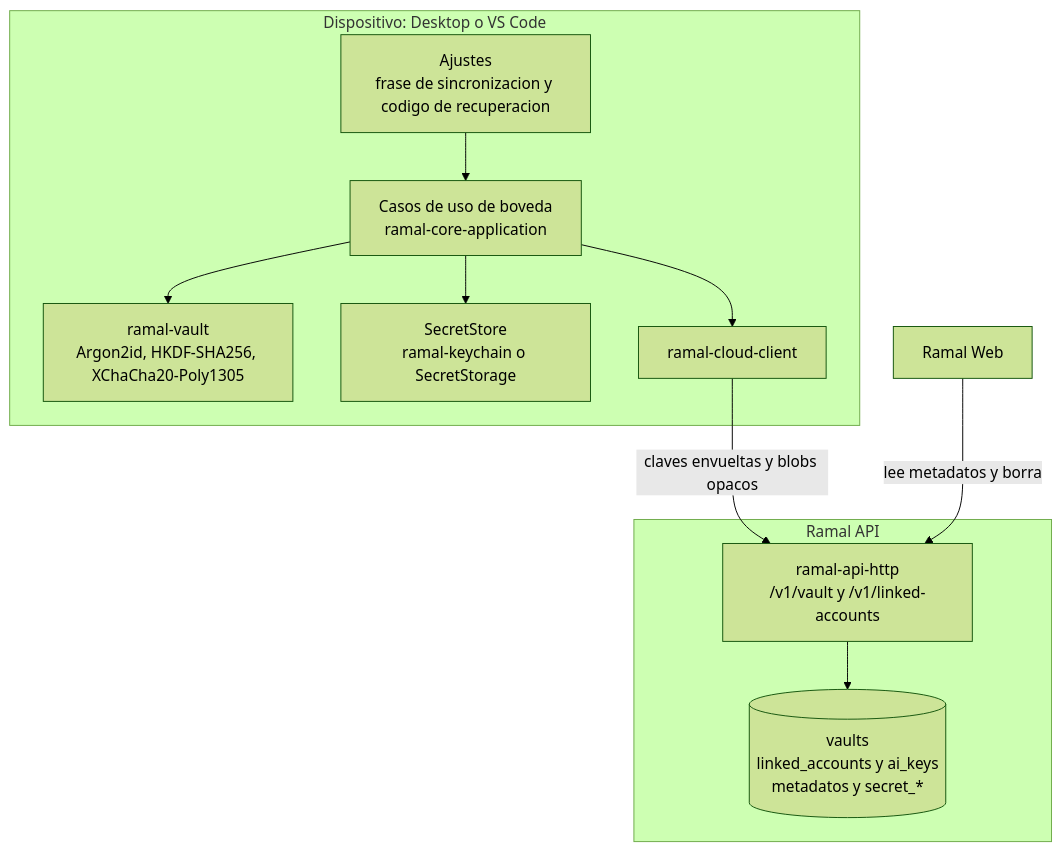
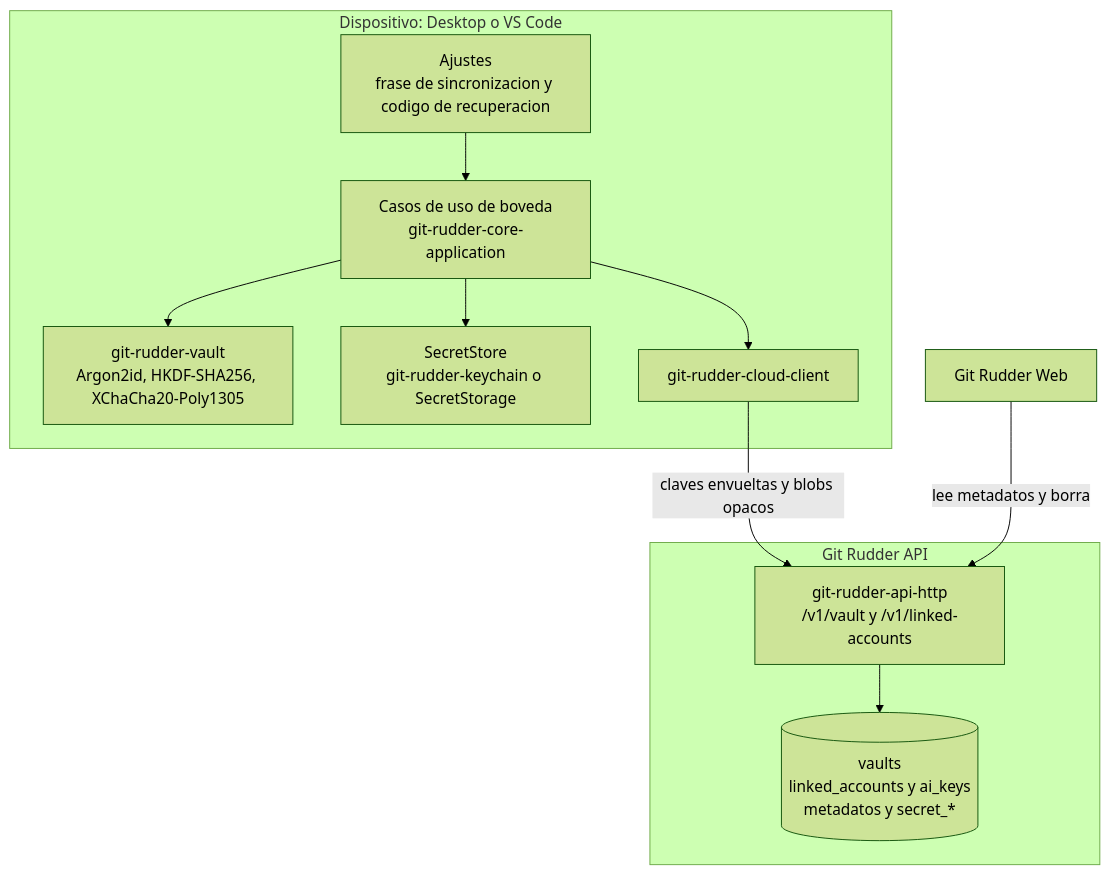
One commit to eabl0306/ramal changed the sixth of 6 diagrams in docs/architecture.md. Above: the diagram before and after it, drawn with Mermaid (forest theme). The commit also changed other lines of this file and 524 other files, not shown here.

First line of the commit message:
refactor(repo): renombrar el producto a Git Rudder

````diff
--- a/docs/architecture.md
+++ b/docs/architecture.md
@@ -1592,22 +1592,22 @@
 ```mermaid
 flowchart TB
     subgraph device["Dispositivo: Desktop o VS Code"]
         ui["Ajustes<br/>frase de sincronizacion y codigo de recuperacion"]
-        uc["Casos de uso de boveda<br/>ramal-core-application"]
-        vc["ramal-vault<br/>Argon2id, HKDF-SHA256, XChaCha20-Poly1305"]
-        ss["SecretStore<br/>ramal-keychain o SecretStorage"]
-        cc["ramal-cloud-client"]
+        uc["Casos de uso de boveda<br/>git-rudder-core-application"]
+        vc["git-rudder-vault<br/>Argon2id, HKDF-SHA256, XChaCha20-Poly1305"]
+        ss["SecretStore<br/>git-rudder-keychain o SecretStorage"]
+        cc["git-rudder-cloud-client"]
         ui --> uc
         uc --> vc
         uc --> ss
         uc --> cc
     end
-    subgraph server["Ramal API"]
-        http["ramal-api-http<br/>/v1/vault y /v1/linked-accounts"]
+    subgraph server["Git Rudder API"]
+        http["git-rudder-api-http<br/>/v1/vault y /v1/linked-accounts"]
         db[("vaults<br/>linked_accounts y ai_keys<br/>metadatos y secret_*")]
         http --> db
     end
-    web["Ramal Web"]
+    web["Git Rudder Web"]
     cc -->|"claves envueltas y blobs opacos"| http
     web -->|"lee metadatos y borra"| http
 ```
````
